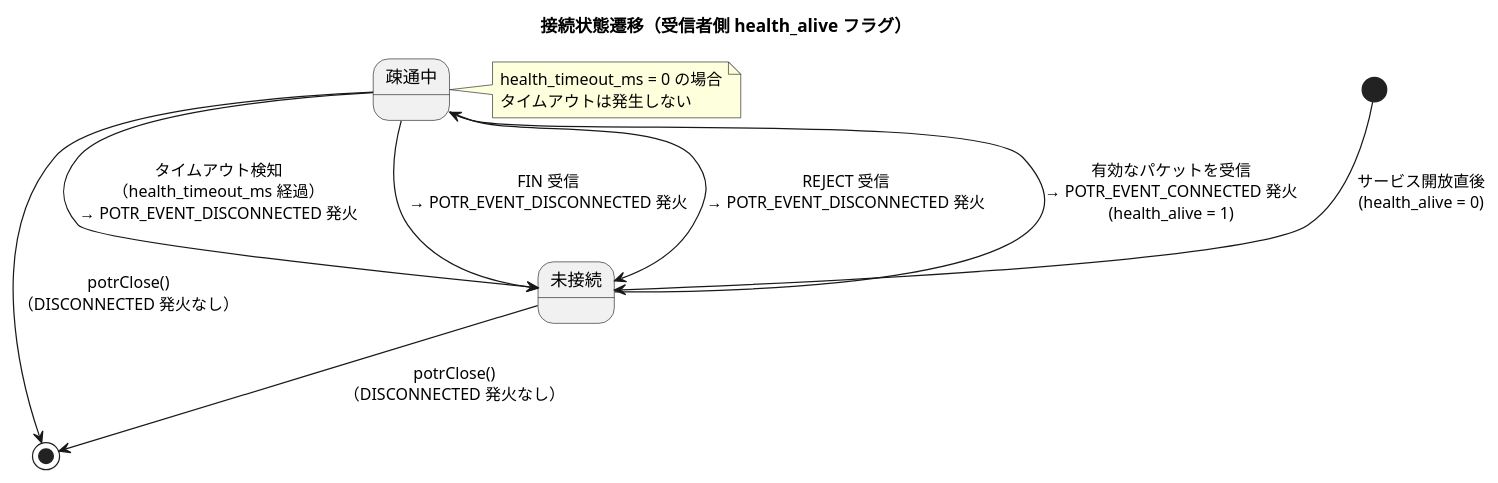
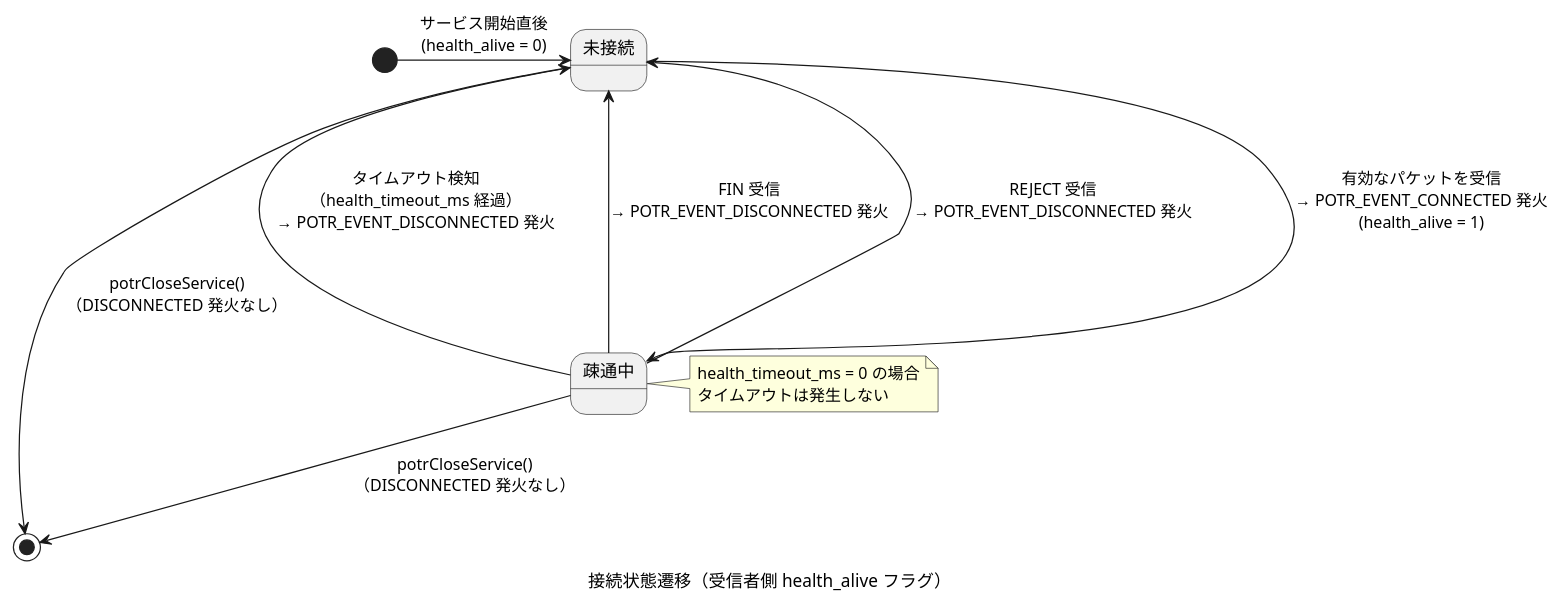
Diagram 12 of 12 in prod/porter/docs/sequence.md (Hondarer/c-modernization-kit), drawn with PlantUML before and after one commit. The commit also changed other lines of this file and 13 other files, not shown here.

````diff
--- a/prod/porter/docs/sequence.md
+++ b/prod/porter/docs/sequence.md
@@ -458,24 +425,24 @@
 ```plantuml
-@startuml
-title 接続状態遷移（受信者側 health_alive フラグ）
+@startuml 接続状態遷移（受信者側 health_alive フラグ）
+caption 接続状態遷移（受信者側 health_alive フラグ）
 
-[*] --> 未接続 : サービス開放直後\n(health_alive = 0)
+[*] -r-> 未接続 : サービス開始直後\n(health_alive = 0)
 
-未接続 --> 疎通中 : 有効なパケットを受信\n→ POTR_EVENT_CONNECTED 発火\n(health_alive = 1)
+未接続 ---> 疎通中 : 有効なパケットを受信\n→ POTR_EVENT_CONNECTED 発火\n(health_alive = 1)
 
-疎通中 --> 未接続 : タイムアウト検知\n（health_timeout_ms 経過）\n→ POTR_EVENT_DISCONNECTED 発火
+疎通中 ---> 未接続 : タイムアウト検知\n（health_timeout_ms 経過）\n→ POTR_EVENT_DISCONNECTED 発火
 
 疎通中 --> 未接続 : FIN 受信\n→ POTR_EVENT_DISCONNECTED 発火
 
 疎通中 --> 未接続 : REJECT 受信\n→ POTR_EVENT_DISCONNECTED 発火
 
-未接続 --> [*] : potrClose()\n（DISCONNECTED 発火なし）
-疎通中 --> [*] : potrClose()\n（DISCONNECTED 発火なし）
+未接続 --> [*] : potrCloseService()\n（DISCONNECTED 発火なし）
+疎通中 --> [*] : potrCloseService()\n（DISCONNECTED 発火なし）
 
 note right of 疎通中
   health_timeout_ms = 0 の場合
   タイムアウトは発生しない
 end note
 
 @enduml
 ```
````
